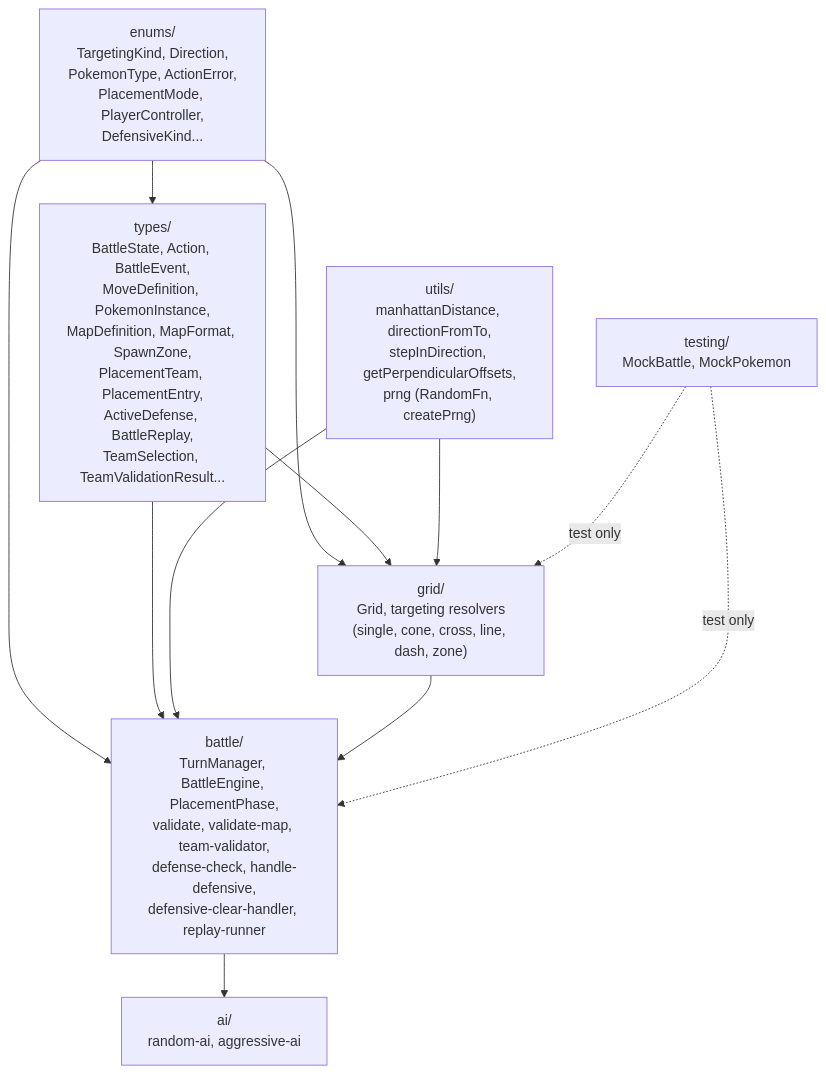
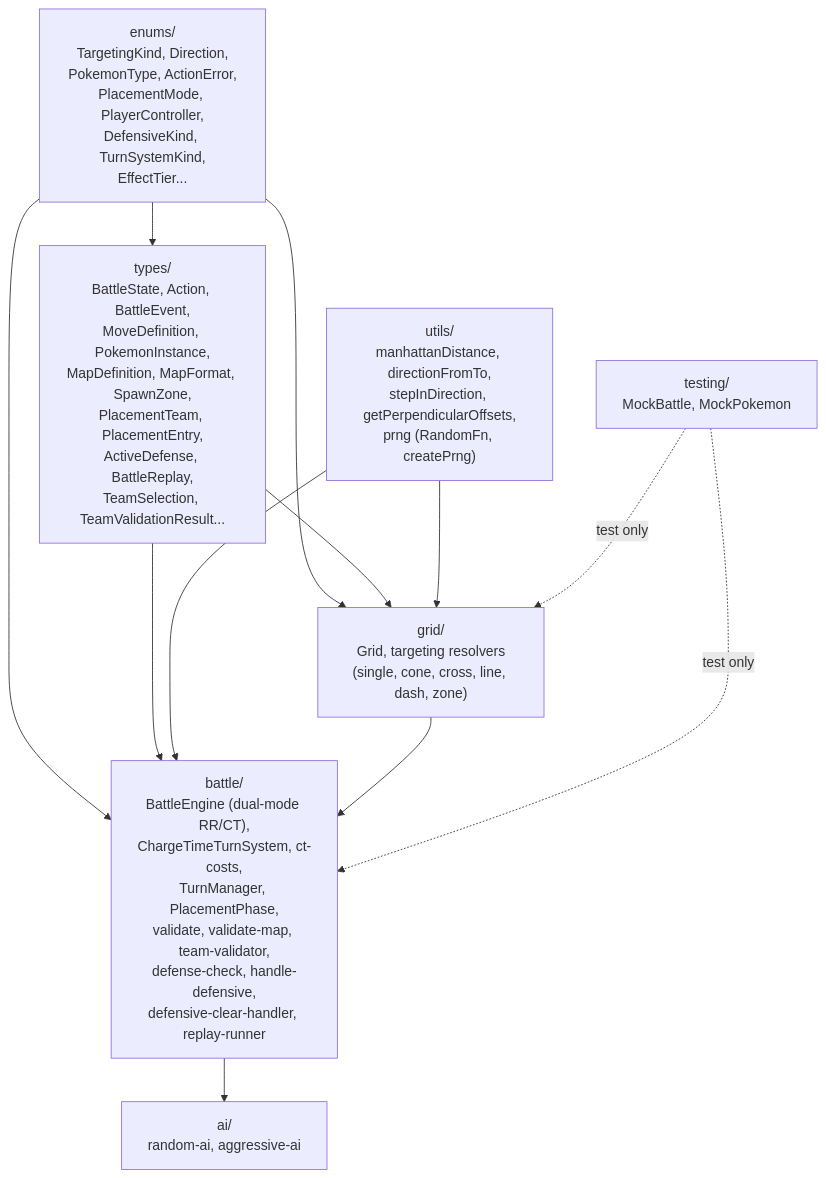
One commit to kekel87/pokemon-tactics changed the second of 4 diagrams in docs/architecture.md. Above: the diagram before and after it, drawn with Mermaid. The commit also changed other lines of this file and 36 other files, not shown here.

Commit message:
feat(core,data,renderer): add Charge Time turn system with speed-based CT gains and vertical timeline     (plan 054)

````diff
--- a/docs/architecture.md
+++ b/docs/architecture.md
@@ -195,22 +195,22 @@
 ```mermaid
 graph TD
-    enums["enums/<br/>TargetingKind, Direction,<br/>PokemonType, ActionError,<br/>PlacementMode, PlayerController,<br/>DefensiveKind..."]
+    enums["enums/<br/>TargetingKind, Direction,<br/>PokemonType, ActionError,<br/>PlacementMode, PlayerController,<br/>DefensiveKind, TurnSystemKind,<br/>EffectTier..."]
     types["types/<br/>BattleState, Action, BattleEvent,<br/>MoveDefinition, PokemonInstance,<br/>MapDefinition, MapFormat, SpawnZone,<br/>PlacementTeam, PlacementEntry,<br/>ActiveDefense, BattleReplay,<br/>TeamSelection, TeamValidationResult..."]
     utils["utils/<br/>manhattanDistance, directionFromTo,<br/>stepInDirection, getPerpendicularOffsets,<br/>prng (RandomFn, createPrng)"]
     grid["grid/<br/>Grid, targeting resolvers<br/>(single, cone, cross, line, dash, zone)"]
-    battle["battle/<br/>TurnManager, BattleEngine, PlacementPhase,<br/>validate, validate-map, team-validator,<br/>defense-check, handle-defensive,<br/>defensive-clear-handler, replay-runner"]
+    battle["battle/<br/>BattleEngine (dual-mode RR/CT),<br/>ChargeTimeTurnSystem, ct-costs,<br/>TurnManager, PlacementPhase,<br/>validate, validate-map, team-validator,<br/>defense-check, handle-defensive,<br/>defensive-clear-handler, replay-runner"]
     ai["ai/<br/>random-ai, aggressive-ai"]
     testing["testing/<br/>MockBattle, MockPokemon"]
 
     enums --> types
     enums --> grid
     enums --> battle
     types --> grid
     types --> battle
     utils --> grid
     utils --> battle
     grid --> battle
     battle --> ai
     testing -.->|test only| battle
     testing -.->|test only| grid
 ```
````
